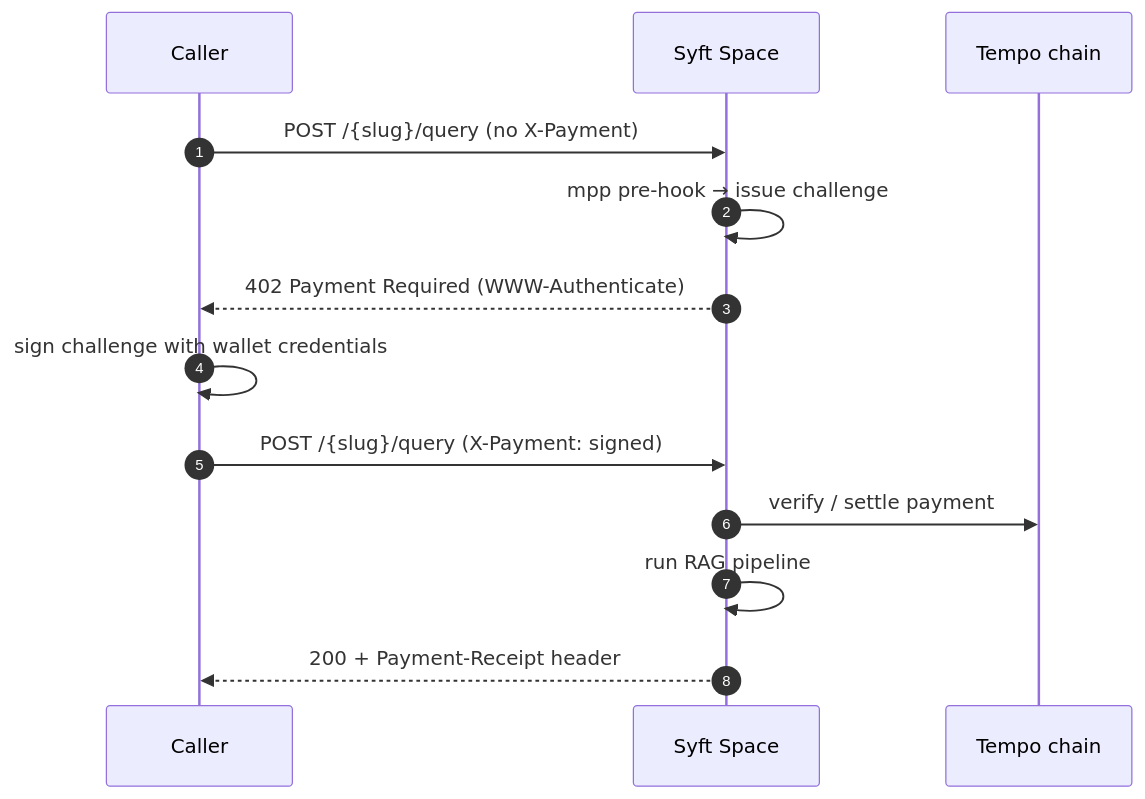
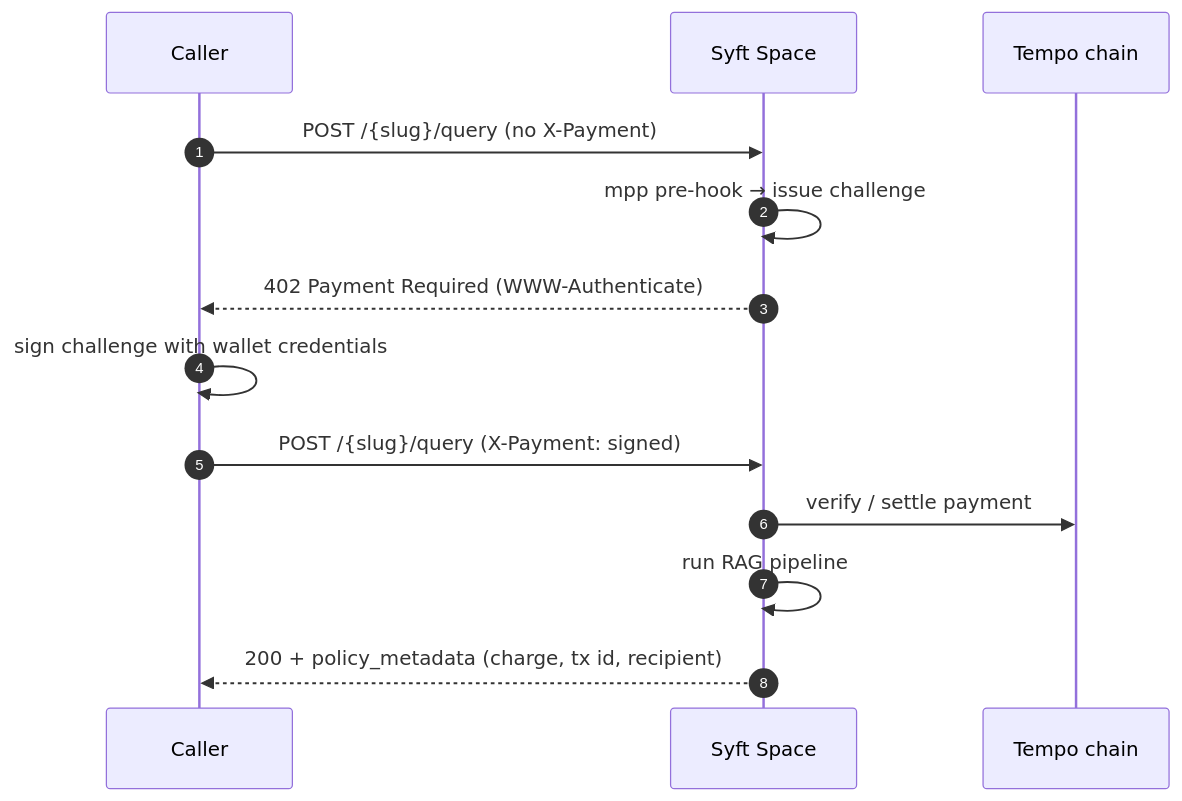
The second of 3 diagrams in backend/docs/payments.md (OpenMined/syft-space), drawn with Mermaid before and after one commit. The commit also changed other lines of this file and 18 other files, not shown here.

First line of the commit message:
feat(endpoints): policy_metadata envelope on query responses (OME-285) (#189)

````diff
--- a/backend/docs/payments.md
+++ b/backend/docs/payments.md
@@ -79,16 +79,16 @@
 ```mermaid
 sequenceDiagram
     autonumber
     participant C as Caller
     participant SS as Syft Space
     participant T as Tempo chain
 
     C->>SS: POST /{slug}/query (no X-Payment)
     SS->>SS: mpp pre-hook → issue challenge
     SS-->>C: 402 Payment Required (WWW-Authenticate)
     C->>C: sign challenge with wallet credentials
     C->>SS: POST /{slug}/query (X-Payment: signed)
     SS->>T: verify / settle payment
     SS->>SS: run RAG pipeline
-    SS-->>C: 200 + Payment-Receipt header
+    SS-->>C: 200 + policy_metadata (charge, tx id, recipient)
 ```
````
